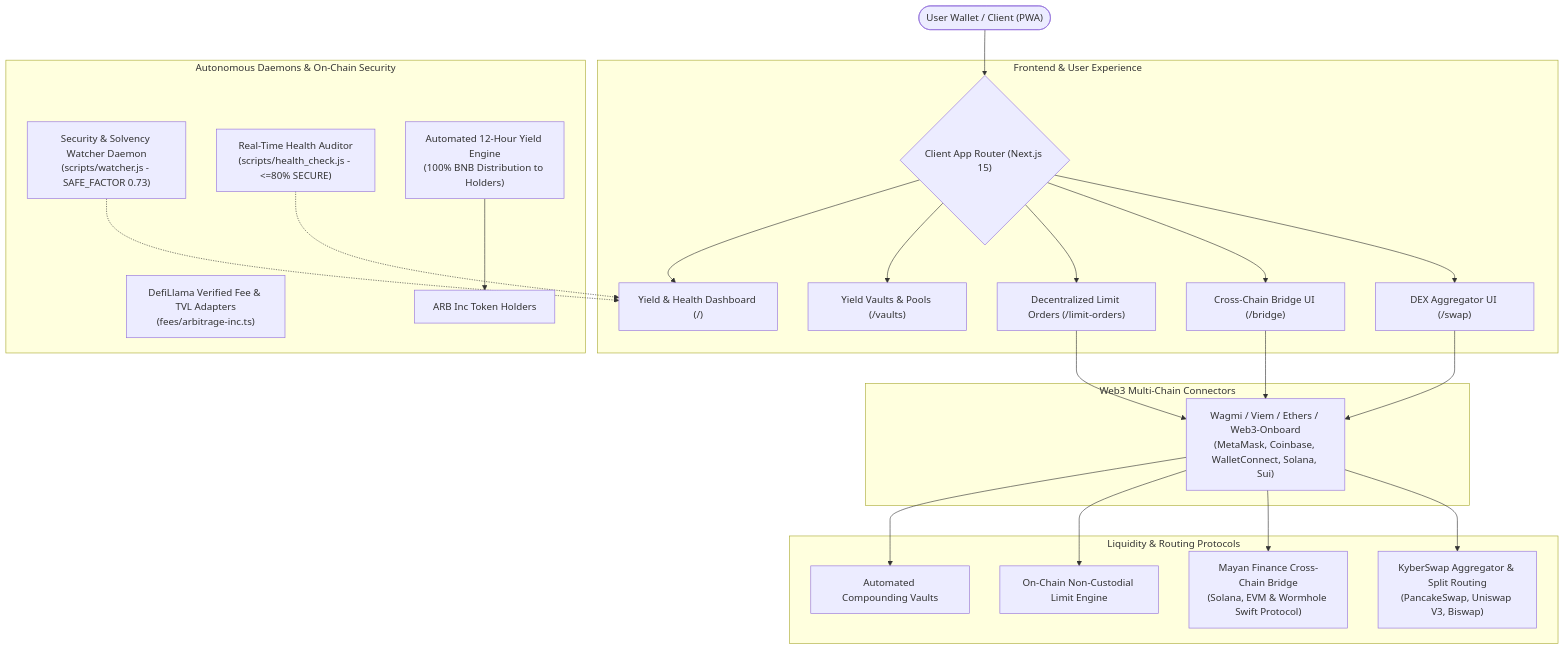
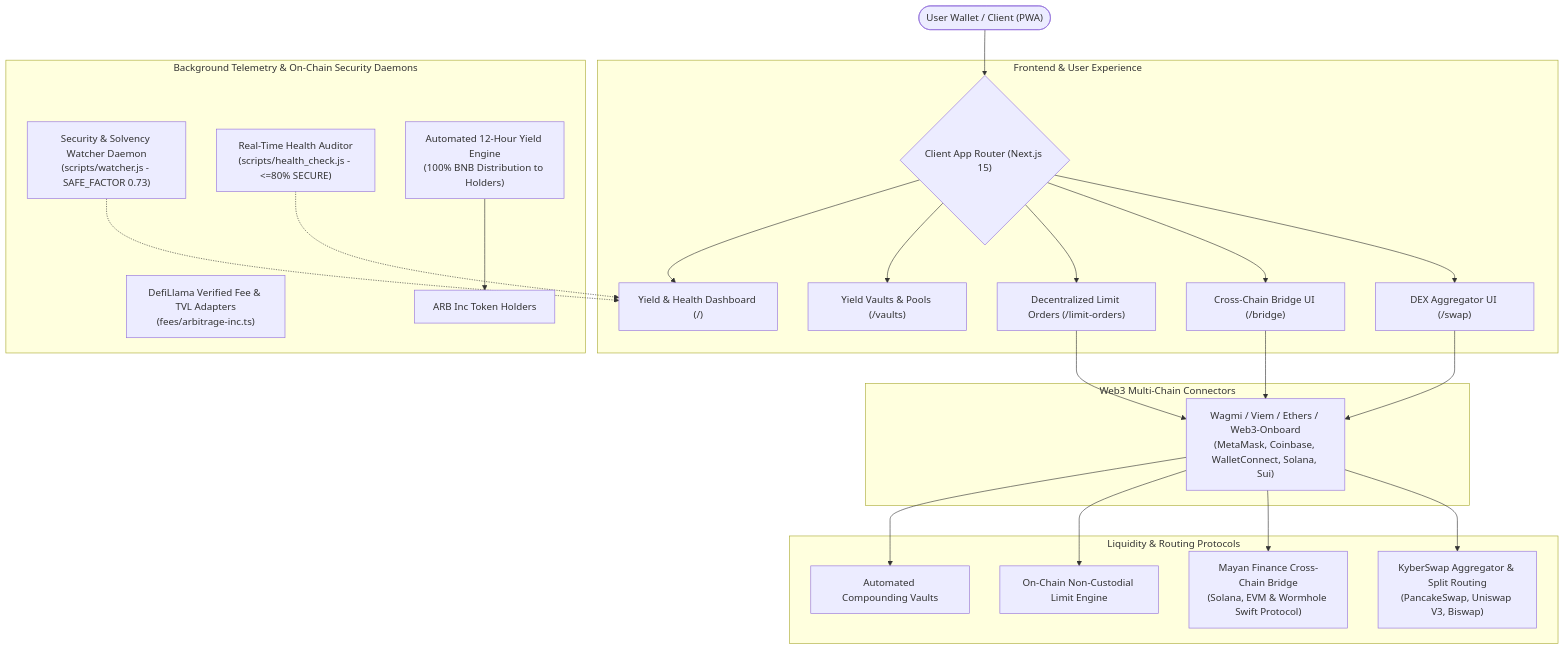
The diagram in README.md (Lukecele/Arb-Inc-All-in-Dex), drawn with Mermaid before and after one commit. The commit also changed other lines of this file and 3 other files, not shown here.

````diff
--- a/README.md
+++ b/README.md
@@ -14,33 +14,33 @@
 ```mermaid
 flowchart TD
     User(["User Wallet / Client (PWA)"]) --> Router{"Client App Router (Next.js 15)"}
     
     subgraph Frontend ["Frontend & User Experience"]
         Router --> SwapUI["DEX Aggregator UI (/swap)"]
         Router --> BridgeUI["Cross-Chain Bridge UI (/bridge)"]
         Router --> LimitUI["Decentralized Limit Orders (/limit-orders)"]
         Router --> VaultsUI["Yield Vaults & Pools (/vaults)"]
         Router --> DashUI["Yield & Health Dashboard (/)"]
     end
     
     subgraph Web3Core ["Web3 Multi-Chain Connectors"]
         SwapUI & BridgeUI & LimitUI --> Connectors["Wagmi / Viem / Ethers / Web3-Onboard\n(MetaMask, Coinbase, WalletConnect, Solana, Sui)"]
     end
     
     subgraph ExecutionEngine ["Liquidity & Routing Protocols"]
         Connectors --> Kyber["KyberSwap Aggregator & Split Routing\n(PancakeSwap, Uniswap V3, Biswap)"]
         Connectors --> Mayan["Mayan Finance Cross-Chain Bridge\n(Solana, EVM & Wormhole Swift Protocol)"]
         Connectors --> LimitOrders["On-Chain Non-Custodial Limit Engine"]
         Connectors --> Beefy["Automated Compounding Vaults"]
     end
     
-    subgraph DaemonSecurity ["Autonomous Daemons & On-Chain Security"]
+    subgraph DaemonSecurity ["Background Telemetry & On-Chain Security Daemons"]
         Watcher["Security & Solvency Watcher Daemon\n(scripts/watcher.js - SAFE_FACTOR 0.73)"]
         HealthCheck["Real-Time Health Auditor\n(scripts/health_check.js - <=80% SECURE)"]
         YieldDistributor["Automated 12-Hour Yield Engine\n(100% BNB Distribution to Holders)"]
         DefiLlama["DefiLlama Verified Fee & TVL Adapters\n(fees/arbitrage-inc.ts)"]
         Watcher -.-> DashUI
         HealthCheck -.-> DashUI
         YieldDistributor --> Holders["ARB Inc Token Holders"]
     end
 ```
````
